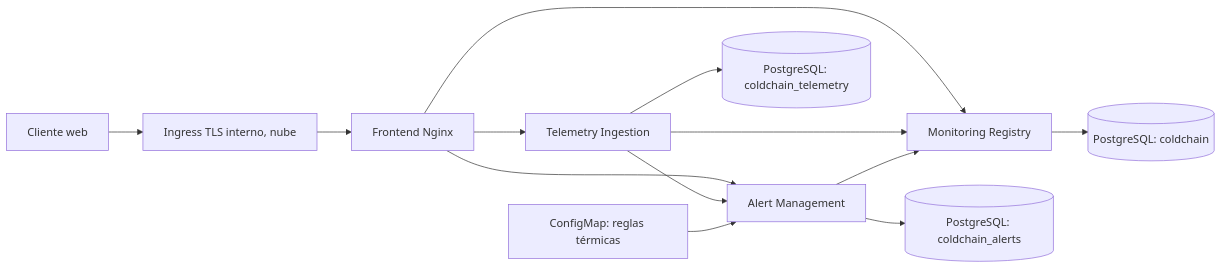
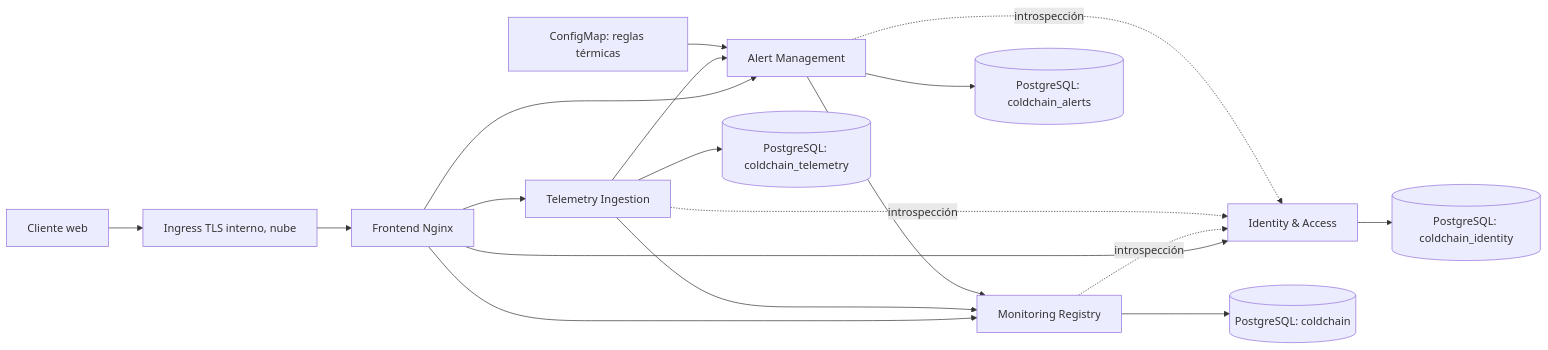
The diagram in infrastructure/kubernetes/README.md (ColdChainSentinel/coldchain-monitoring-registry-service), drawn with Mermaid before and after one commit. The commit also changed other lines of this file and 12 other files, not shown here.

First line of the commit message:
feat(infra): deploy identity-access on Kubernetes and harden pod filesystems

````diff
--- a/infrastructure/kubernetes/README.md
+++ b/infrastructure/kubernetes/README.md
@@ -7,15 +7,20 @@
 ```mermaid
 flowchart LR
     U[Cliente web] --> G[Ingress TLS interno, nube]
     G --> F[Frontend Nginx]
+    F --> I[Identity & Access]
     F --> R[Monitoring Registry]
     F --> T[Telemetry Ingestion]
     F --> A[Alert Management]
     T --> R
     T --> A
     A --> R
+    R -. introspección .-> I
+    T -. introspección .-> I
+    A -. introspección .-> I
+    I --> D[(PostgreSQL: coldchain_identity)]
     R --> P[(PostgreSQL: coldchain)]
     T --> Q[(PostgreSQL: coldchain_telemetry)]
     A --> S[(PostgreSQL: coldchain_alerts)]
     C[ConfigMap: reglas térmicas] --> A
 ```
````
